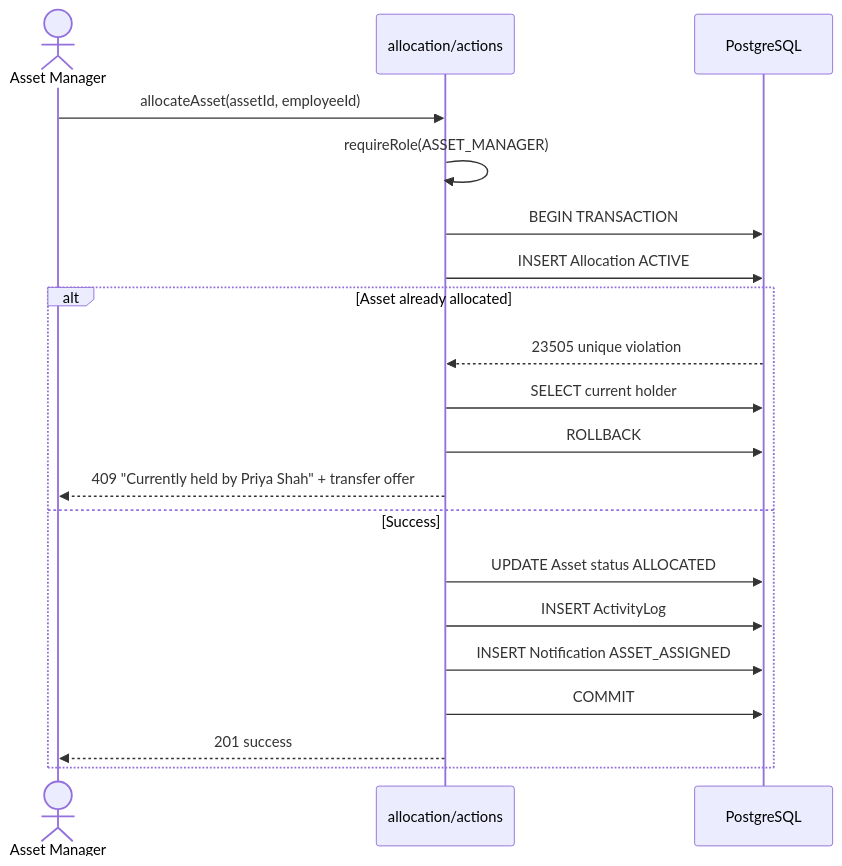
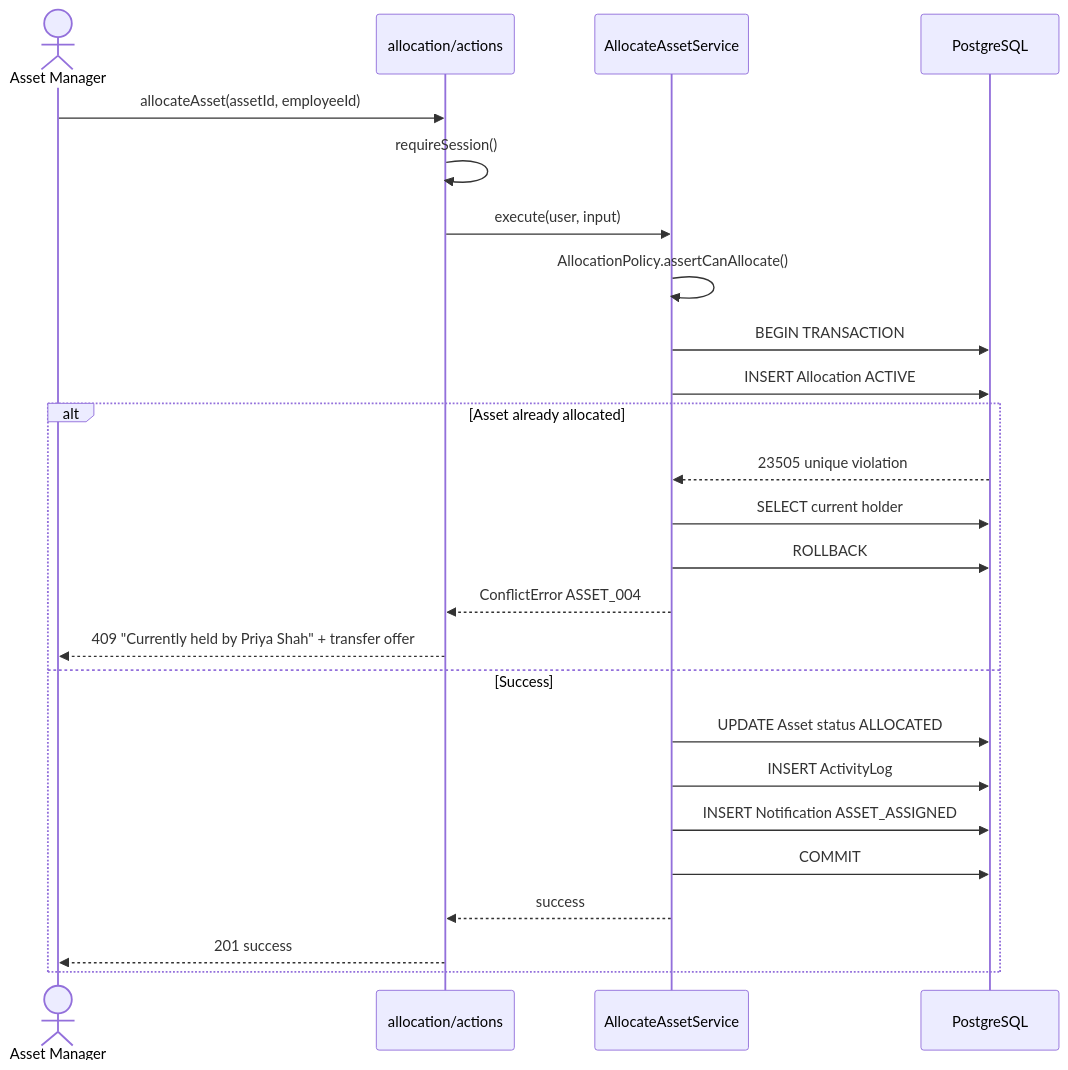
One commit to Shivayaagrawal/assetflow changed the third of 8 diagrams in docs/lld.md. Above: the diagram before and after it, drawn with Mermaid. The commit also changed other lines of this file and 9 other files, not shown here.

First line of the commit message:
docs(shared): align HLD/LLD with frozen modules architecture

````diff
--- a/docs/lld.md
+++ b/docs/lld.md
@@ -278,24 +312,29 @@
 ```mermaid
 sequenceDiagram
   actor AM as Asset Manager
   participant Action as allocation/actions
+  participant Service as AllocateAssetService
   participant DB as PostgreSQL
 
   AM->>Action: allocateAsset(assetId, employeeId)
-  Action->>Action: requireRole(ASSET_MANAGER)
-  Action->>DB: BEGIN TRANSACTION
-  Action->>DB: INSERT Allocation ACTIVE
+  Action->>Action: requireSession()
+  Action->>Service: execute(user, input)
+  Service->>Service: AllocationPolicy.assertCanAllocate()
+  Service->>DB: BEGIN TRANSACTION
+  Service->>DB: INSERT Allocation ACTIVE
 
   alt Asset already allocated
-    DB-->>Action: 23505 unique violation
-    Action->>DB: SELECT current holder
-    Action->>DB: ROLLBACK
+    DB-->>Service: 23505 unique violation
+    Service->>DB: SELECT current holder
+    Service->>DB: ROLLBACK
+    Service-->>Action: ConflictError ASSET_004
     Action-->>AM: 409 "Currently held by Priya Shah" + transfer offer
   else Success
-    Action->>DB: UPDATE Asset status ALLOCATED
-    Action->>DB: INSERT ActivityLog
-    Action->>DB: INSERT Notification ASSET_ASSIGNED
-    Action->>DB: COMMIT
+    Service->>DB: UPDATE Asset status ALLOCATED
+    Service->>DB: INSERT ActivityLog
+    Service->>DB: INSERT Notification ASSET_ASSIGNED
+    Service->>DB: COMMIT
+    Service-->>Action: success
     Action-->>AM: 201 success
   end
 ```
````
